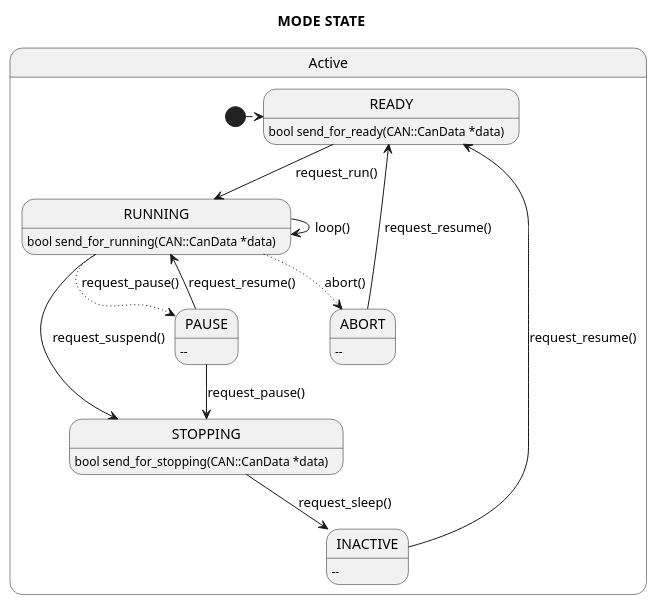
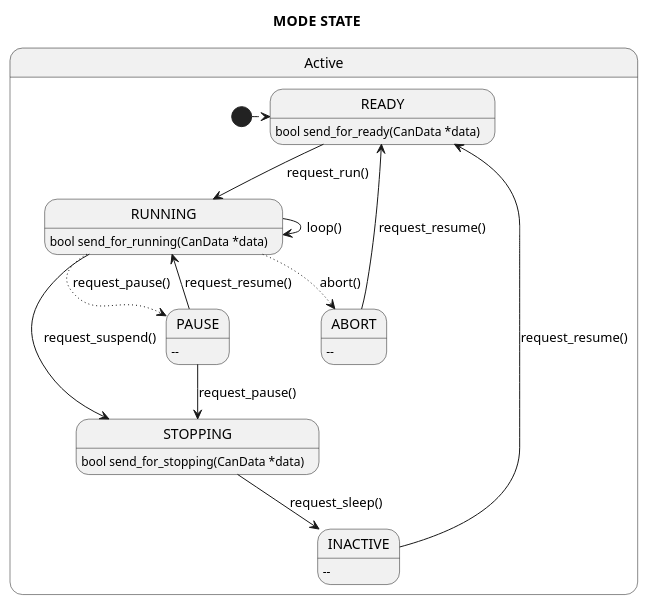
Before and after one commit to MaSiRoProjectOSS/CANDataViewer: the first of 2 diagrams in README.md, drawn with PlantUML. The commit also changed 26 other files, not shown here.

````diff
--- a/README.md
+++ b/README.md
@@ -29,28 +29,28 @@
 ```plantuml
 @startuml
 title "MODE STATE"
 
 state Active {
-  READY : bool send_for_ready(CAN::CanData *data)
-  RUNNING : bool send_for_running(CAN::CanData *data)
-  STOPPING : bool send_for_stopping(CAN::CanData *data)
+  READY : bool send_for_ready(CanData *data)
+  RUNNING : bool send_for_running(CanData *data)
+  STOPPING : bool send_for_stopping(CanData *data)
   INACTIVE : --
   ABORT : --
   PAUSE : --
 [*] -[dashed]right-> READY
 }
 
 READY --> RUNNING : request_run()
 RUNNING -[dotted]-> ABORT : abort()
 INACTIVE --> READY : request_resume()
 ABORT --> READY : request_resume()
 
 RUNNING --> STOPPING : request_suspend()
 STOPPING --> INACTIVE : request_sleep()
 RUNNING --> RUNNING : loop()
 RUNNING -[dotted]-> PAUSE : request_pause()
 PAUSE --> RUNNING : request_resume()
 PAUSE --> STOPPING : request_pause()
 
 @enduml
 ```
````
